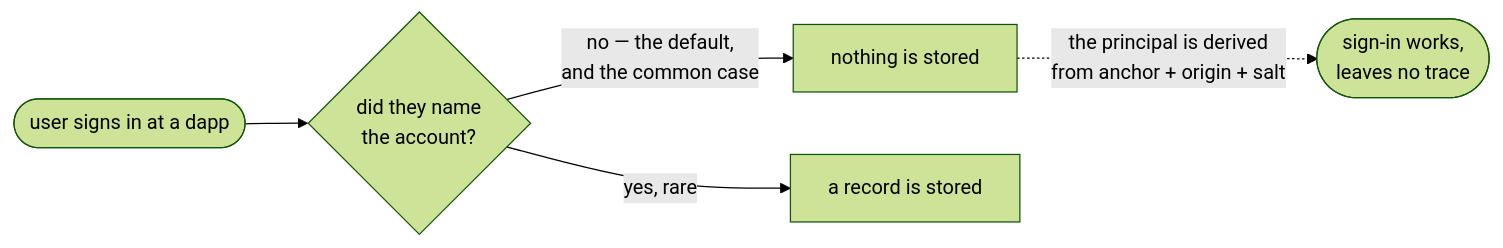
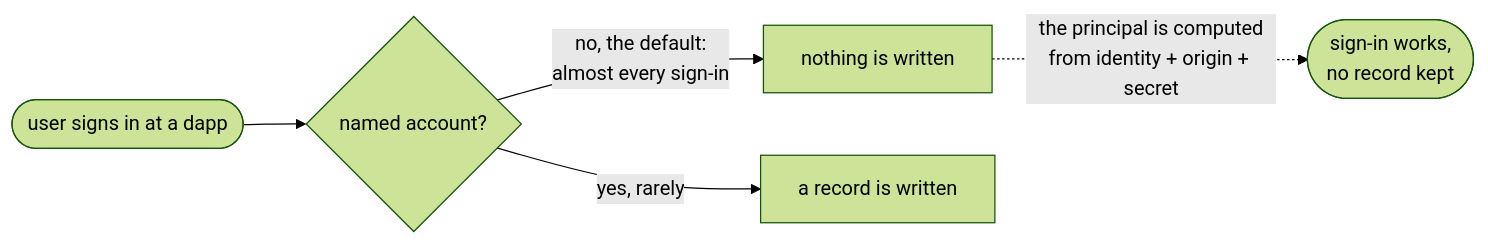
Before and after one commit to dfinity/internet-identity: the first of 2 diagrams in docs/ongoing/tracked-default-accounts.md, drawn with Mermaid (forest theme). The commit also changed other lines of this file, not shown here.

````diff
--- a/docs/ongoing/tracked-default-accounts.md
+++ b/docs/ongoing/tracked-default-accounts.md
@@ -29,7 +29,7 @@
 ```mermaid
 flowchart LR
-    U([user signs in at a dapp]) --> Q{"did they name<br/>the account?"}
-    Q -->|"no — the default,<br/>and the common case"| N["nothing is stored"]
-    Q -->|"yes, rare"| S["a record is stored"]
-    N -.->|"the principal is derived<br/>from anchor + origin + salt"| P(["sign-in works,<br/>leaves no trace"])
+    U([user signs in at a dapp]) --> Q{"named account?"}
+    Q -->|"no, the default:<br/>almost every sign-in"| N["nothing is written"]
+    Q -->|"yes, rarely"| S["a record is written"]
+    N -.->|"the principal is computed<br/>from identity + origin + secret"| P(["sign-in works,<br/>no record kept"])
 ```
````
